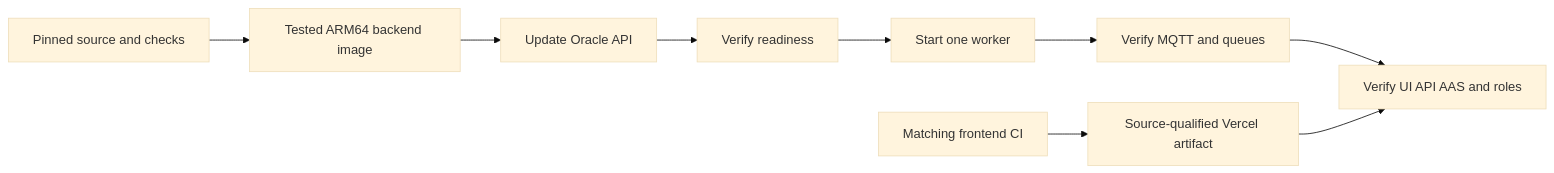
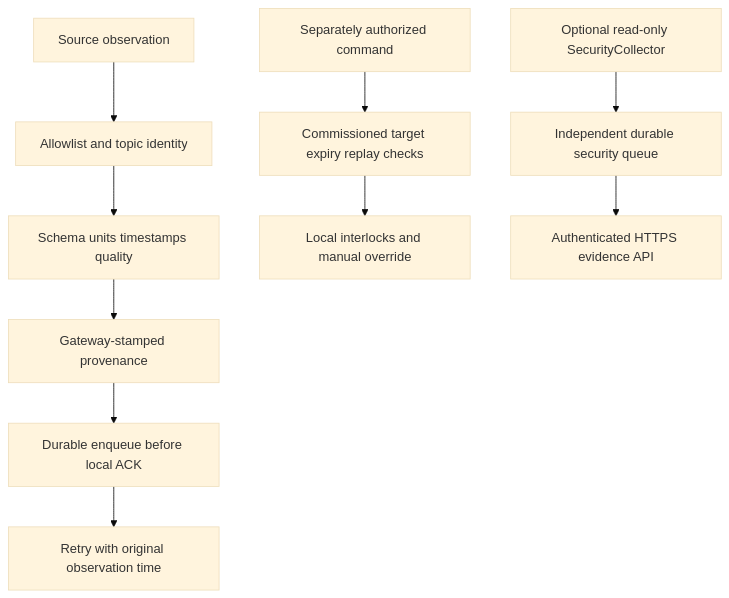
The second of 2 diagrams in portfolio-frontend/client/public/docs/smartfactoryiot/system-diagrams.md (DruHustle/portfolio), drawn with Mermaid (base theme) before and after one commit. The commit also changed other lines of this file and 50 other files, not shown here.

Commit message:
Correct Mosquitto and Python roles, active AI development, and source-pinned guides

````diff
--- a/portfolio-frontend/client/public/docs/smartfactoryiot/system-diagrams.md
+++ b/portfolio-frontend/client/public/docs/smartfactoryiot/system-diagrams.md
@@ -106,11 +37,12 @@
 ```mermaid
-flowchart LR
-  Source[Pinned source and checks] --> Image[Tested ARM64 backend image]
-  Image --> API[Update Oracle API]
-  API --> Ready[Verify readiness]
-  Ready --> Worker[Start one worker]
-  Worker --> Telemetry[Verify MQTT and queues]
-  Frontend[Matching frontend CI] --> Vercel[Source-qualified Vercel artifact]
-  Telemetry --> Journey[Verify UI API AAS and roles]
-  Vercel --> Journey
+flowchart TB
+  Input[Source observation] --> Identity[Allowlist and topic identity]
+  Identity --> Validate[Schema units timestamps quality]
+  Validate --> Provenance[Gateway-stamped provenance]
+  Provenance --> Queue[Durable enqueue before local ACK]
+  Queue --> Uplink[Retry with original observation time]
+  Commands[Separately authorized command] --> Policy[Commissioned target expiry replay checks]
+  Policy --> Local[Local interlocks and manual override]
+  Security[Optional read-only SecurityCollector] --> Outbox[Independent durable security queue]
+  Outbox --> HTTPS[Authenticated HTTPS evidence API]
 ```
````
